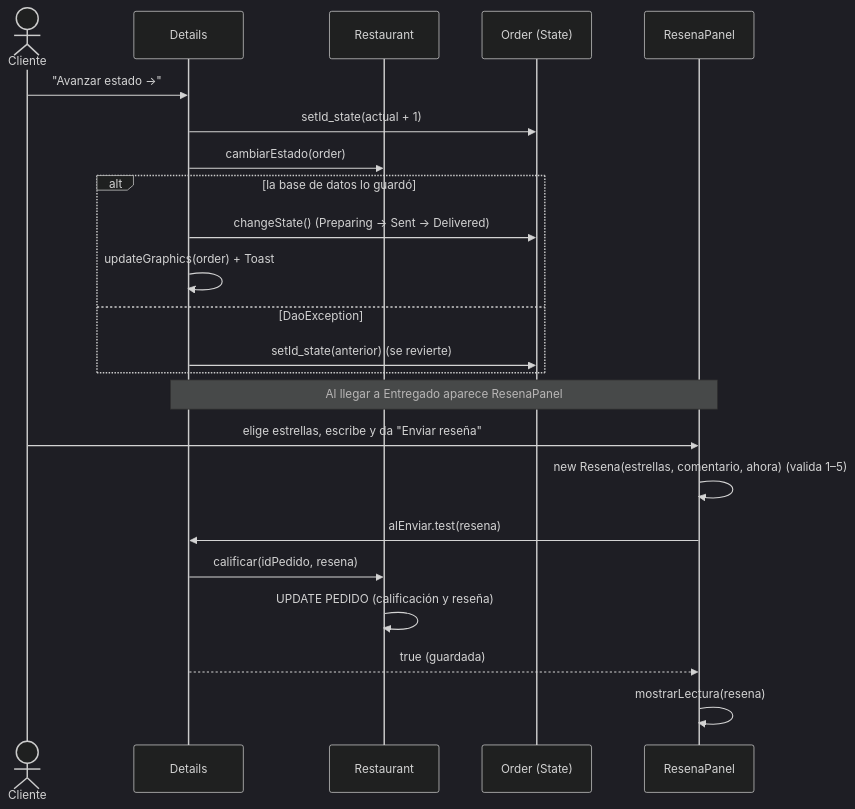
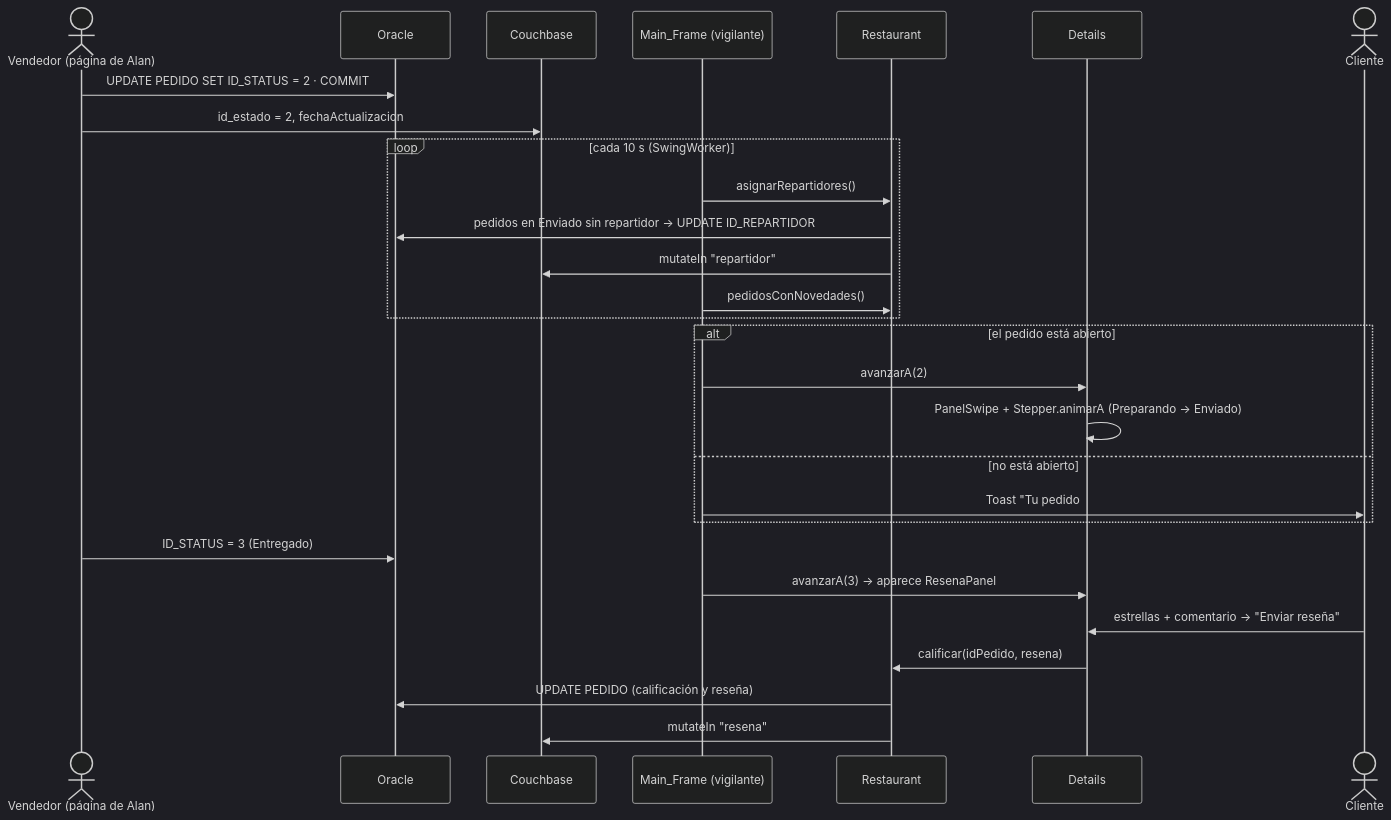
Before and after one commit to Jesusjes00/Le-cartoon-Gourtmet: the fifth of 5 diagrams in docs/REFERENCIA_TECNICA.md, drawn with Mermaid (dark theme). The commit also changed other lines of this file, not shown here.

Commit message:
Docs: referencia tecnica al dia (Couchbase, tarjetas, direccion, sucursal por alcaldia, repartidor, swipe, ramas data/Client_data)

````diff
--- a/docs/REFERENCIA_TECNICA.md
+++ b/docs/REFERENCIA_TECNICA.md
@@ -759,26 +1061,31 @@
 ```mermaid
 sequenceDiagram
+    actor V as Vendedor (página de Alan)
+    participant DB as Oracle
+    participant CB as Couchbase
+    participant M as Main_Frame (vigilante)
+    participant R as Restaurant
+    participant D as Details
     actor C as Cliente
-    participant D as Details
-    participant R as Restaurant
-    participant O as Order (State)
-    participant RP as ResenaPanel
 
-    C->>D: "Avanzar estado →"
-    D->>O: setId_state(actual + 1)
-    D->>R: cambiarEstado(order)
-    alt la base de datos lo guardó
-        D->>O: changeState()  (Preparing → Sent → Delivered)
-        D->>D: updateGraphics(order) + Toast
-    else DaoException
-        D->>O: setId_state(anterior)  (se revierte)
+    V->>DB: UPDATE PEDIDO SET ID_STATUS = 2 · COMMIT
+    V->>CB: id_estado = 2, fechaActualizacion
+    loop cada 10 s (SwingWorker)
+        M->>R: asignarRepartidores()
+        R->>DB: pedidos en Enviado sin repartidor → UPDATE ID_REPARTIDOR
+        R->>CB: mutateIn "repartidor"
+        M->>R: pedidosConNovedades()
     end
-    Note over D,RP: Al llegar a Entregado aparece ResenaPanel
-    C->>RP: elige estrellas, escribe y da "Enviar reseña"
-    RP->>RP: new Resena(estrellas, comentario, ahora)  (valida 1–5)
-    RP->>D: alEnviar.test(resena)
+    alt el pedido está abierto
+        M->>D: avanzarA(2)
+        D->>D: PanelSwipe + Stepper.animarA (Preparando → Enviado)
+    else no está abierto
+        M->>C: Toast "Tu pedido #N ya va en camino" + "Mis pedidos (1)"
+    end
+    V->>DB: ID_STATUS = 3 (Entregado)
+    M->>D: avanzarA(3) → aparece ResenaPanel
+    C->>D: estrellas + comentario → "Enviar reseña"
     D->>R: calificar(idPedido, resena)
-    R->>R: UPDATE PEDIDO (calificación y reseña)
-    D-->>RP: true  (guardada)
-    RP->>RP: mostrarLectura(resena)
+    R->>DB: UPDATE PEDIDO (calificación y reseña)
+    R->>CB: mutateIn "resena"
 ```
````
